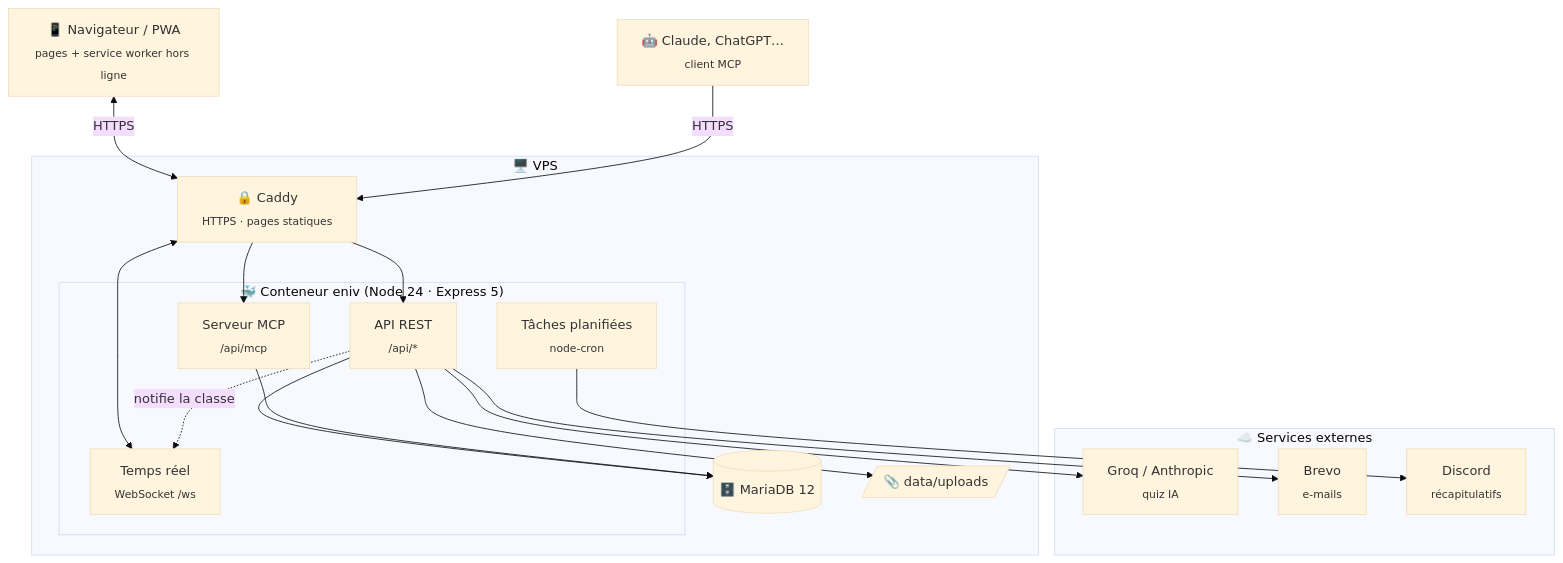
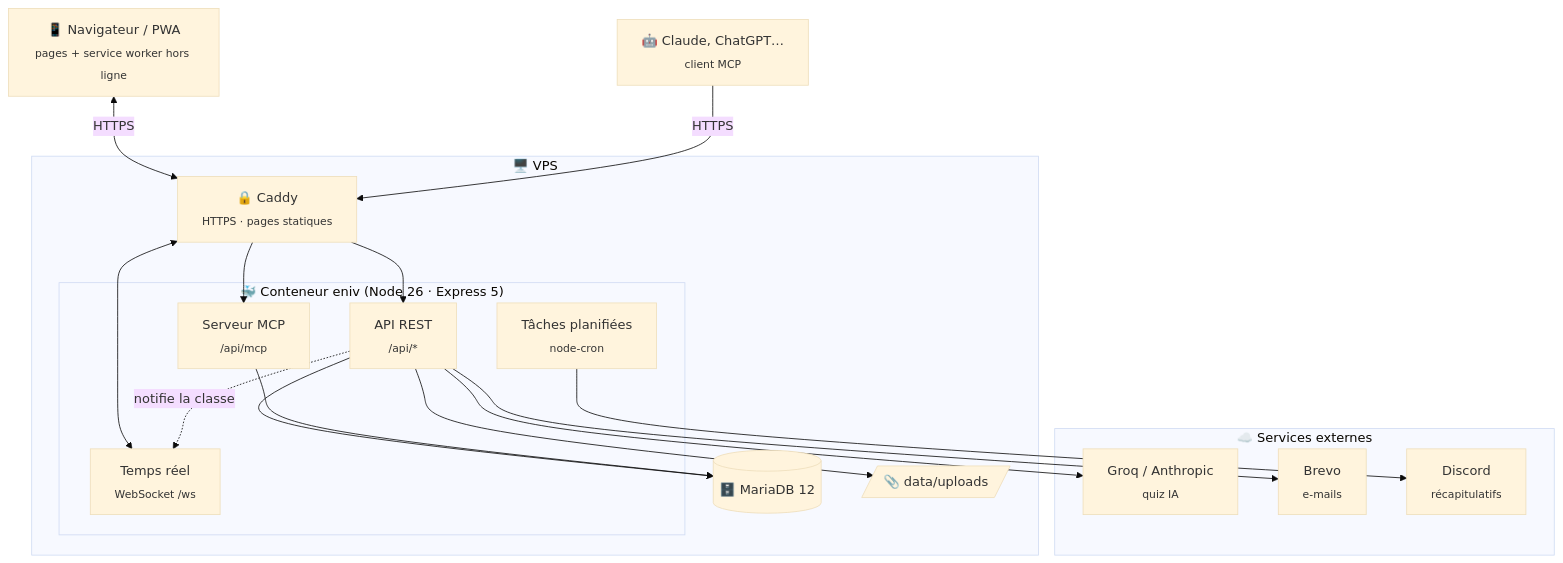
One commit to ENIV-ENT/ENIV changed the first of 2 diagrams in README.md. Above: the diagram before and after it, drawn with Mermaid (base theme). The commit also changed other lines of this file and 1 other file, not shown here.

Commit message:
fix: Aligner les versions node.js dans les fichiers de documentation et les pipelines

````diff
--- a/README.md
+++ b/README.md
@@ -102,36 +102,36 @@
 ```mermaid
 flowchart TB
     Eleve["📱 Navigateur / PWA<br/><sub>pages + service worker hors ligne</sub>"]
     Assist["🤖 Claude, ChatGPT…<br/><sub>client MCP</sub>"]
 
     subgraph VPS["🖥️ VPS"]
         Caddy["🔒 Caddy<br/><sub>HTTPS · pages statiques</sub>"]
-        subgraph App["🐳 Conteneur eniv (Node 24 · Express 5)"]
+        subgraph App["🐳 Conteneur eniv (Node 26 · Express 5)"]
             API["API REST<br/><sub>/api/*</sub>"]
             WS["Temps réel<br/><sub>WebSocket /ws</sub>"]
             MCP["Serveur MCP<br/><sub>/api/mcp</sub>"]
             Cron["Tâches planifiées<br/><sub>node-cron</sub>"]
         end
         DB[("🗄️ MariaDB 12")]
         Up[/"📎 data/uploads"/]
     end
 
     subgraph Ext["☁️ Services externes"]
         IA["Groq / Anthropic<br/><sub>quiz IA</sub>"]
         Mail["Brevo<br/><sub>e-mails</sub>"]
         Discord["Discord<br/><sub>récapitulatifs</sub>"]
     end
 
     Eleve <-->|HTTPS| Caddy
     Assist -->|HTTPS| Caddy
     Caddy --> API
     Caddy <--> WS
     Caddy --> MCP
     API -. "notifie la classe" .-> WS
     API --> DB
     MCP --> DB
     API --> Up
     API --> IA
     API --> Mail
     Cron --> Discord
 ```
````
